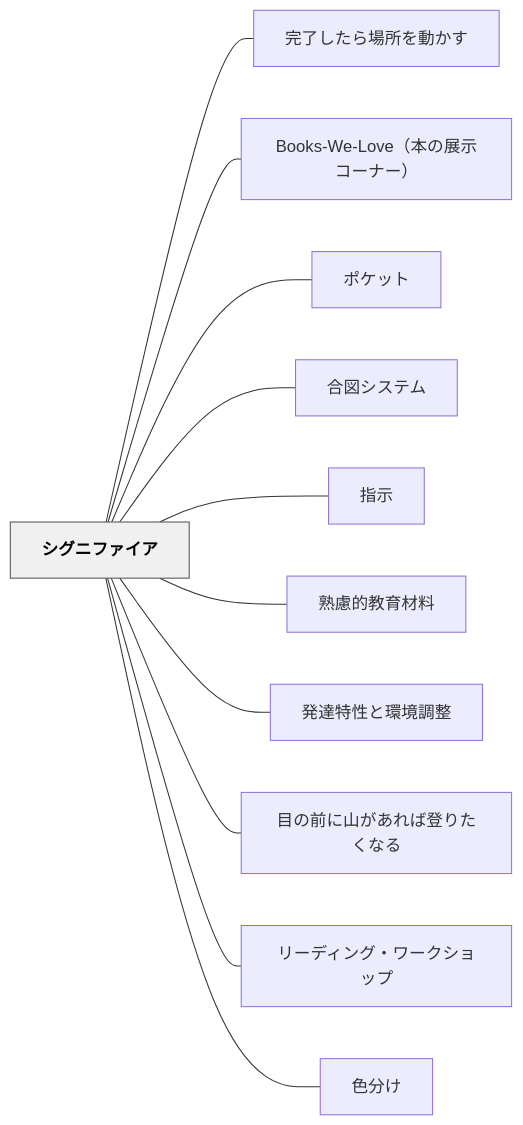
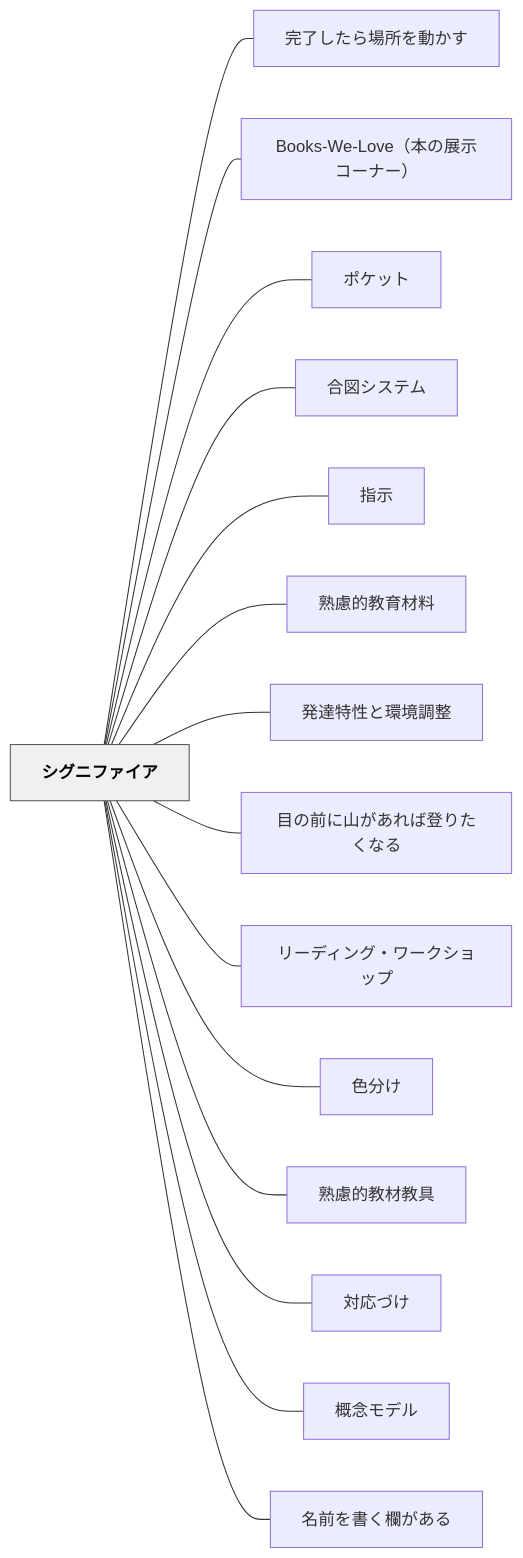
One commit to unknownthings-ed-patterns/unknownthings-ed-patterns changed the diagram in content/パタン/シグニファイア.md. Above: the diagram before and after it, drawn with Mermaid. The commit also changed other lines of this file and 100 other files, not shown here.

````diff
--- a/content/パタン/シグニファイア.md
+++ b/content/パタン/シグニファイア.md
@@ -86,28 +85,36 @@
 ```mermaid
 flowchart LR
     ne382b7e382b0e3838be38395e382a1e382a4e382a2["シグニファイア"]
     ne5ae8ce4ba86e38197e3819fe38289e5a0b4e68980e38292e58b95e3818be38199["完了したら場所を動かす"]
     n426f6f6b732d57652d4c6f7665efbc88e69cace381aee5b195e7a4bae382b3e383bce3838ae383bcefbc89["Books-We-Love（本の展示コーナー）"]
     ne3839de382b1e38383e38388["ポケット"]
     ne59088e59bb3e382b7e382b9e38386e383a0["合図システム"]
     ne68c87e7a4ba["指示"]
     ne7869fe685aee79a84e69599e882b2e69d90e69699["熟慮的教育材料"]
     ne799bae98194e789b9e680a7e381a8e792b0e5a283e8aabfe695b4["発達特性と環境調整"]
     ne79baee381aee5898de381abe5b1b1e3818ce38182e3828ce381b0e799bbe3828ae3819fe3818fe381aae3828b["目の前に山があれば登りたくなる"]
     ne383aae383bce38387e382a3e383b3e382b0e383bbe383afe383bce382afe382b7e383a7e38383e38397["リーディング・ワークショップ"]
     ne889b2e58886e38191["色分け"]
+    ne7869fe685aee79a84e69599e69d90e69599e585b7["熟慮的教材教具"]
+    ne5afbee5bf9ce381a5e38191["対応づけ"]
+    ne6a682e5bfb5e383a2e38387e383ab["概念モデル"]
+    ne5908de5898de38292e69bb8e3818fe6ac84e3818ce38182e3828b["名前を書く欄がある"]
 
     ne382b7e382b0e3838be38395e382a1e382a4e382a2 --- ne5ae8ce4ba86e38197e3819fe38289e5a0b4e68980e38292e58b95e3818be38199
     ne382b7e382b0e3838be38395e382a1e382a4e382a2 --- n426f6f6b732d57652d4c6f7665efbc88e69cace381aee5b195e7a4bae382b3e383bce3838ae383bcefbc89
     ne382b7e382b0e3838be38395e382a1e382a4e382a2 --- ne3839de382b1e38383e38388
     ne382b7e382b0e3838be38395e382a1e382a4e382a2 --- ne59088e59bb3e382b7e382b9e38386e383a0
     ne382b7e382b0e3838be38395e382a1e382a4e382a2 --- ne68c87e7a4ba
     ne382b7e382b0e3838be38395e382a1e382a4e382a2 --- ne7869fe685aee79a84e69599e882b2e69d90e69699
     ne382b7e382b0e3838be38395e382a1e382a4e382a2 --- ne799bae98194e789b9e680a7e381a8e792b0e5a283e8aabfe695b4
     ne382b7e382b0e3838be38395e382a1e382a4e382a2 --- ne79baee381aee5898de381abe5b1b1e3818ce38182e3828ce381b0e799bbe3828ae3819fe3818fe381aae3828b
     ne382b7e382b0e3838be38395e382a1e382a4e382a2 --- ne383aae383bce38387e382a3e383b3e382b0e383bbe383afe383bce382afe382b7e383a7e38383e38397
     ne382b7e382b0e3838be38395e382a1e382a4e382a2 --- ne889b2e58886e38191
+    ne382b7e382b0e3838be38395e382a1e382a4e382a2 --- ne7869fe685aee79a84e69599e69d90e69599e585b7
+    ne382b7e382b0e3838be38395e382a1e382a4e382a2 --- ne5afbee5bf9ce381a5e38191
+    ne382b7e382b0e3838be38395e382a1e382a4e382a2 --- ne6a682e5bfb5e383a2e38387e383ab
+    ne382b7e382b0e3838be38395e382a1e382a4e382a2 --- ne5908de5898de38292e69bb8e3818fe6ac84e3818ce38182e3828b
 
     classDef hub fill:#f0f0f0,stroke:#555,color:#000,font-weight:bold
     class ne382b7e382b0e3838be38395e382a1e382a4e382a2 hub
 ```
````
